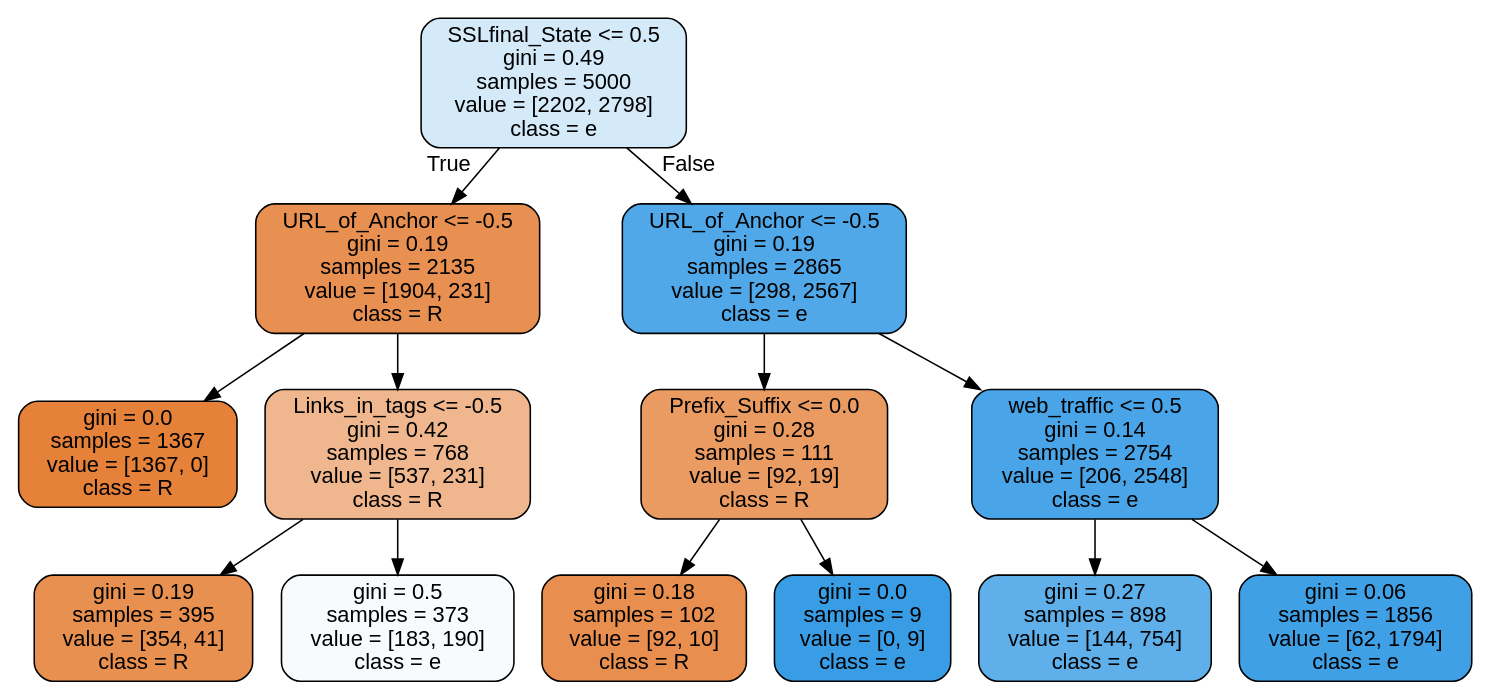
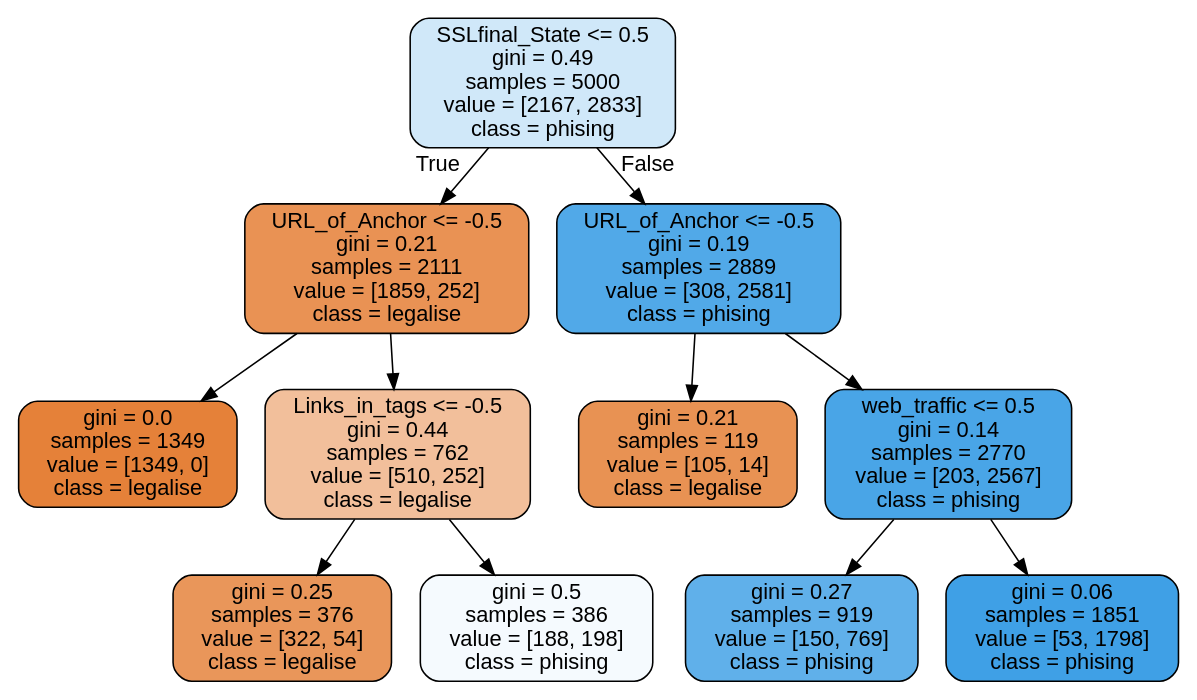
One commit to Yooru6/Machine-Learning-Group-Assignments changed the diagram in Methods/Methods_3_DecisionTree/tree.dot. Above: the diagram before and after it, drawn with Graphviz. The commit also changed 7 other files, not shown here.

```diff
--- a/Methods/Methods_3_DecisionTree/tree.dot
+++ b/Methods/Methods_3_DecisionTree/tree.dot
@@ -1,29 +1,25 @@
 digraph Tree {
 node [shape=box, style="filled, rounded", color="black", fontname=helvetica] ;
 edge [fontname=helvetica] ;
-0 [label="SSLfinal_State <= 0.5\ngini = 0.49\nsamples = 5000\nvalue = [2202, 2798]\nclass = e", fillcolor="#d5eaf9"] ;
-1 [label="URL_of_Anchor <= -0.5\ngini = 0.19\nsamples = 2135\nvalue = [1904, 231]\nclass = R", fillcolor="#e89051"] ;
+0 [label="SSLfinal_State <= 0.5\ngini = 0.49\nsamples = 5000\nvalue = [2167, 2833]\nclass = phising", fillcolor="#d0e8f9"] ;
+1 [label="URL_of_Anchor <= -0.5\ngini = 0.21\nsamples = 2111\nvalue = [1859, 252]\nclass = legalise", fillcolor="#e99254"] ;
 0 -> 1 [labeldistance=2.5, labelangle=45, headlabel="True"] ;
-2 [label="gini = 0.0\nsamples = 1367\nvalue = [1367, 0]\nclass = R", fillcolor="#e58139"] ;
+2 [label="gini = 0.0\nsamples = 1349\nvalue = [1349, 0]\nclass = legalise", fillcolor="#e58139"] ;
 1 -> 2 ;
-3 [label="Links_in_tags <= -0.5\ngini = 0.42\nsamples = 768\nvalue = [537, 231]\nclass = R", fillcolor="#f0b78e"] ;
+3 [label="Links_in_tags <= -0.5\ngini = 0.44\nsamples = 762\nvalue = [510, 252]\nclass = legalise", fillcolor="#f2bf9b"] ;
 1 -> 3 ;
-4 [label="gini = 0.19\nsamples = 395\nvalue = [354, 41]\nclass = R", fillcolor="#e89050"] ;
+4 [label="gini = 0.25\nsamples = 376\nvalue = [322, 54]\nclass = legalise", fillcolor="#e9965a"] ;
 3 -> 4 ;
-5 [label="gini = 0.5\nsamples = 373\nvalue = [183, 190]\nclass = e", fillcolor="#f8fbfe"] ;
+5 [label="gini = 0.5\nsamples = 386\nvalue = [188, 198]\nclass = phising", fillcolor="#f5fafe"] ;
 3 -> 5 ;
-6 [label="URL_of_Anchor <= -0.5\ngini = 0.19\nsamples = 2865\nvalue = [298, 2567]\nclass = e", fillcolor="#50a8e8"] ;
+6 [label="URL_of_Anchor <= -0.5\ngini = 0.19\nsamples = 2889\nvalue = [308, 2581]\nclass = phising", fillcolor="#51a9e8"] ;
 0 -> 6 [labeldistance=2.5, labelangle=-45, headlabel="False"] ;
-7 [label="Prefix_Suffix <= 0.0\ngini = 0.28\nsamples = 111\nvalue = [92, 19]\nclass = R", fillcolor="#ea9b62"] ;
+7 [label="gini = 0.21\nsamples = 119\nvalue = [105, 14]\nclass = legalise", fillcolor="#e89253"] ;
 6 -> 7 ;
-8 [label="gini = 0.18\nsamples = 102\nvalue = [92, 10]\nclass = R", fillcolor="#e88f4f"] ;
-7 -> 8 ;
-9 [label="gini = 0.0\nsamples = 9\nvalue = [0, 9]\nclass = e", fillcolor="#399de5"] ;
-7 -> 9 ;
-10 [label="web_traffic <= 0.5\ngini = 0.14\nsamples = 2754\nvalue = [206, 2548]\nclass = e", fillcolor="#49a5e7"] ;
-6 -> 10 ;
-11 [label="gini = 0.27\nsamples = 898\nvalue = [144, 754]\nclass = e", fillcolor="#5fb0ea"] ;
-10 -> 11 ;
-12 [label="gini = 0.06\nsamples = 1856\nvalue = [62, 1794]\nclass = e", fillcolor="#40a0e6"] ;
-10 -> 12 ;
+8 [label="web_traffic <= 0.5\ngini = 0.14\nsamples = 2770\nvalue = [203, 2567]\nclass = phising", fillcolor="#49a5e7"] ;
+6 -> 8 ;
+9 [label="gini = 0.27\nsamples = 919\nvalue = [150, 769]\nclass = phising", fillcolor="#60b0ea"] ;
+8 -> 9 ;
+10 [label="gini = 0.06\nsamples = 1851\nvalue = [53, 1798]\nclass = phising", fillcolor="#3fa0e6"] ;
+8 -> 10 ;
 }
```
